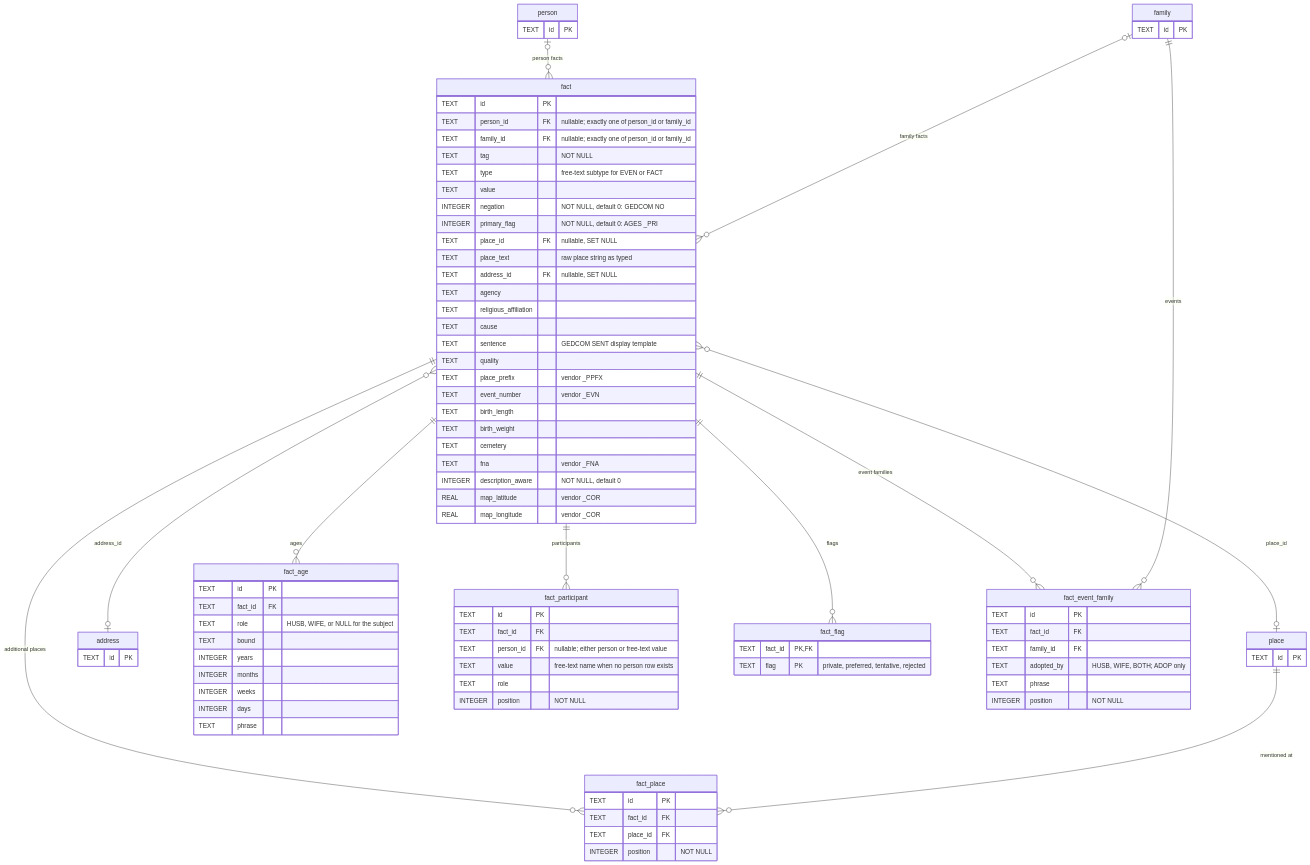
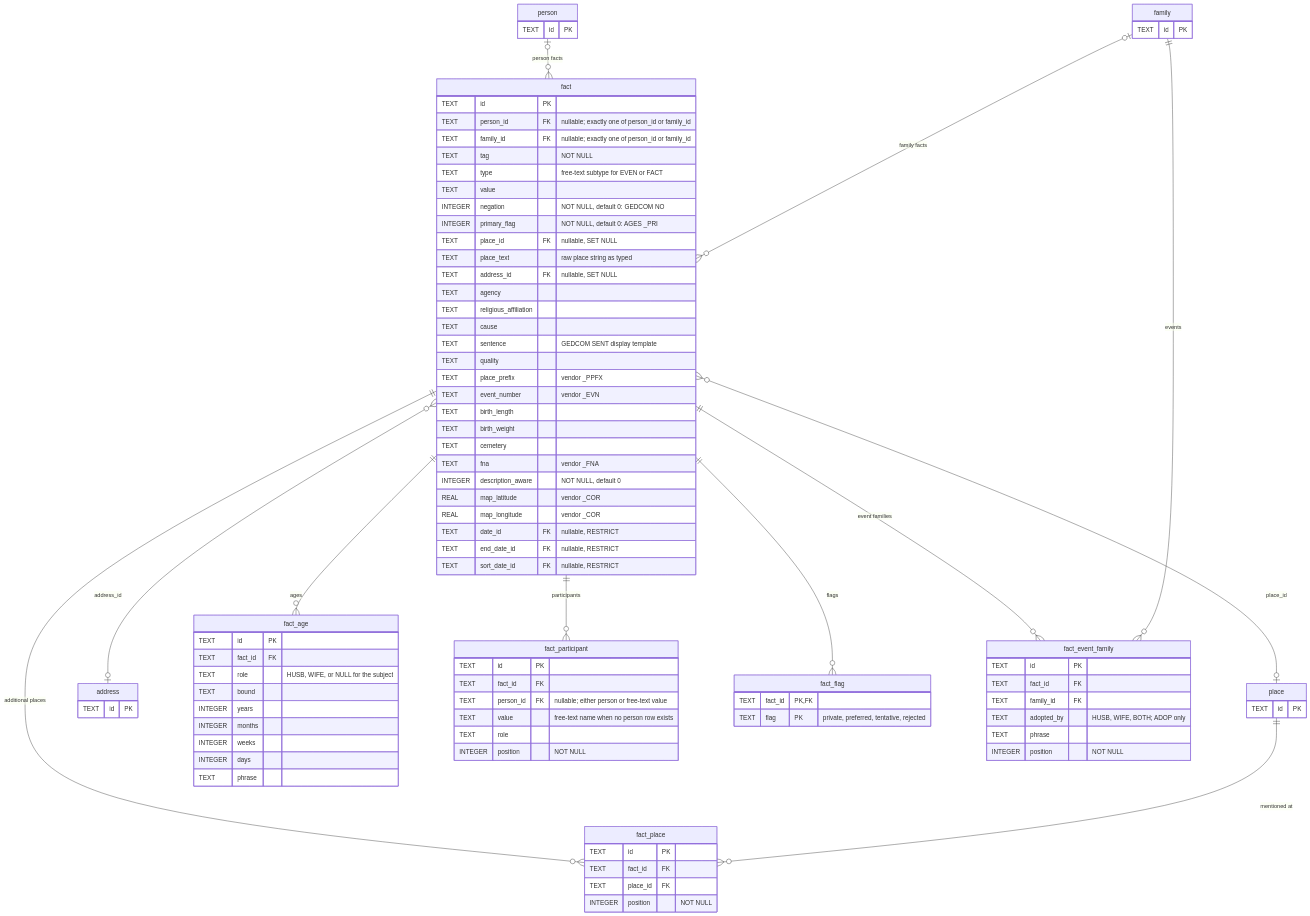
Before and after one commit to borisovodov/doru: the third of 12 diagrams in docs/db-schema.md, drawn with Mermaid. The commit also changed other lines of this file and 14 other files, not shown here.

```diff
--- a/docs/db-schema.md
+++ b/docs/db-schema.md
@@ -257,6 +259,9 @@
         INTEGER description_aware "NOT NULL, default 0"
         REAL map_latitude "vendor _COR"
         REAL map_longitude "vendor _COR"
+        TEXT date_id FK "nullable, RESTRICT"
+        TEXT end_date_id FK "nullable, RESTRICT"
+        TEXT sort_date_id FK "nullable, RESTRICT"
     }
 
     fact_age {
```
